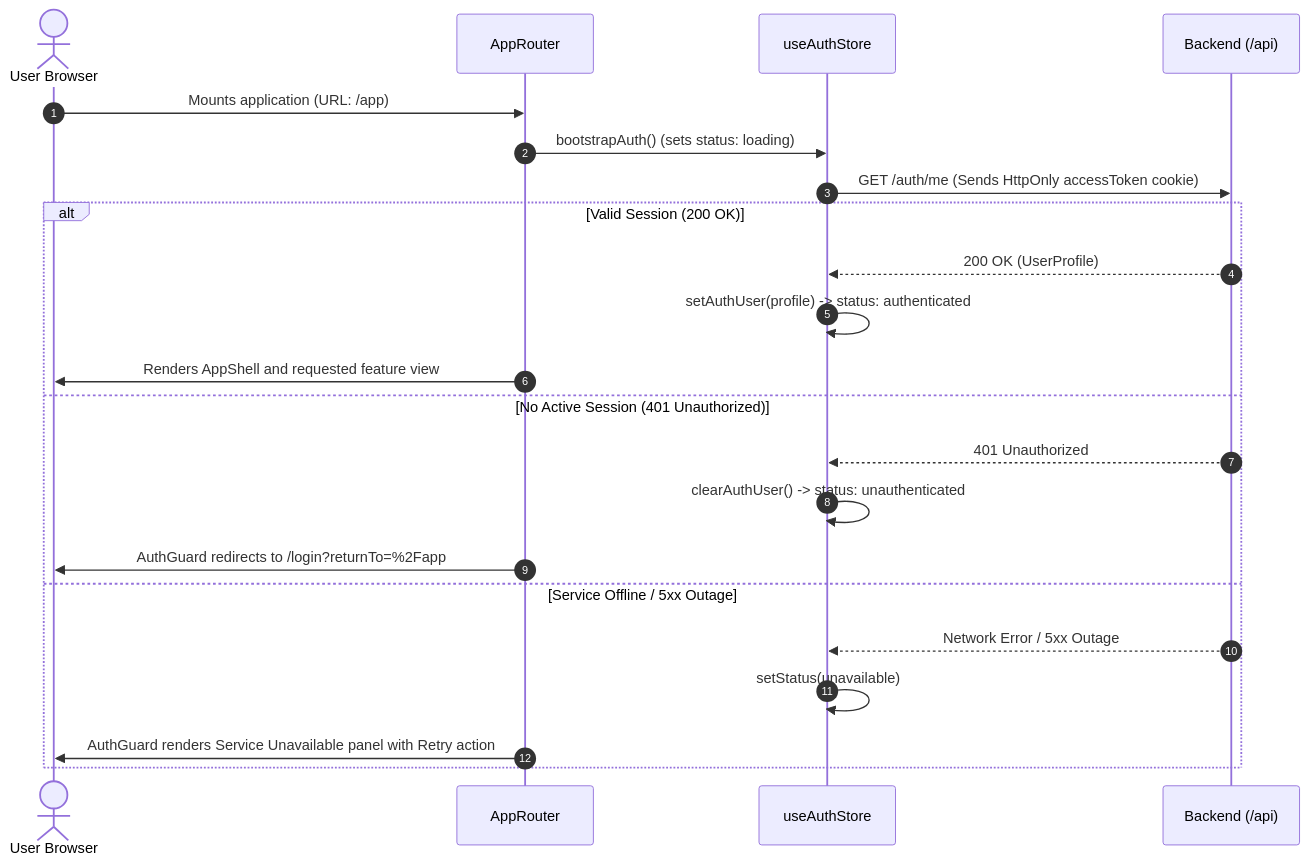
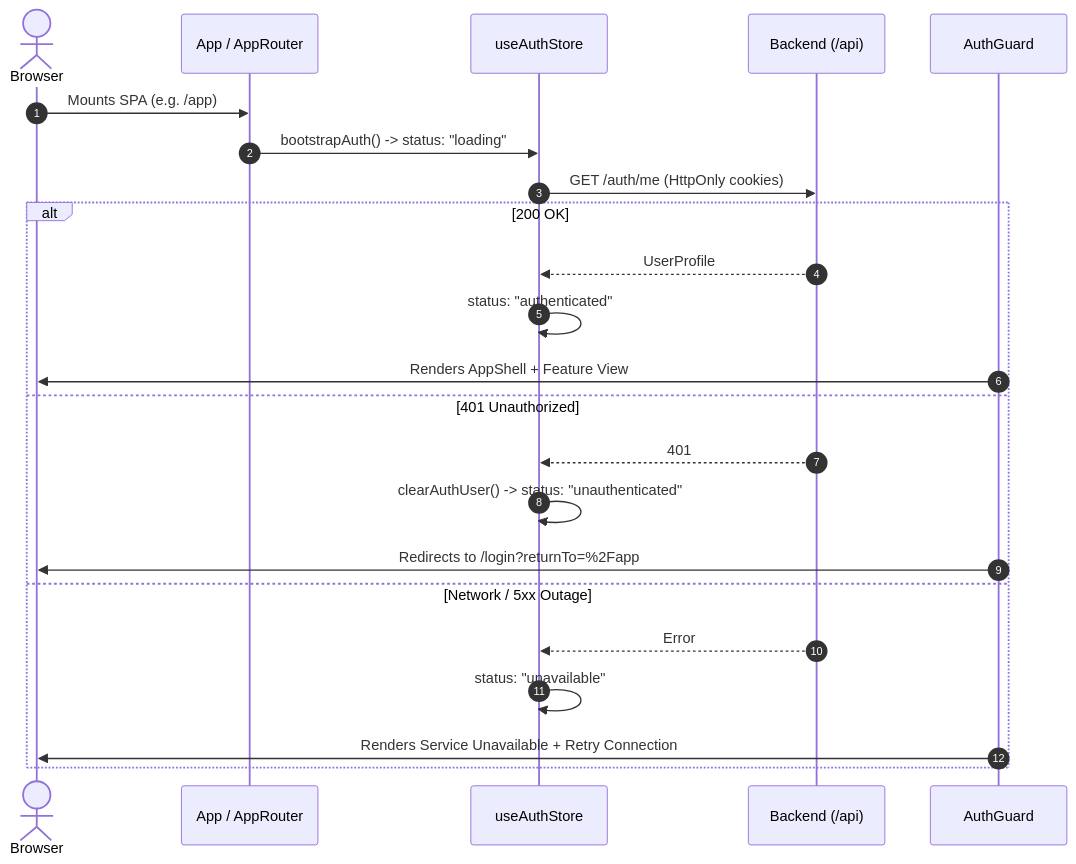
The fifth of 9 diagrams in docs/FRONTEND_ARCHITECTURE.md (utkarshj014/authsphere), drawn with Mermaid before and after one commit. The commit also changed other lines of this file and 5 other files, not shown here.

````diff
--- a/docs/FRONTEND_ARCHITECTURE.md
+++ b/docs/FRONTEND_ARCHITECTURE.md
@@ -299,26 +276,27 @@
 ```mermaid
 sequenceDiagram
     autonumber
-    actor User as User Browser
-    participant Router as AppRouter
+    actor User as Browser
+    participant App as App / AppRouter
     participant Store as useAuthStore
     participant API as Backend (/api)
+    participant Guard as AuthGuard
 
-    User->>Router: Mounts application (URL: /app)
-    Router->>Store: bootstrapAuth() (sets status: loading)
-    Store->>API: GET /auth/me (Sends HttpOnly accessToken cookie)
+    User->>App: Mounts SPA (e.g. /app)
+    App->>Store: bootstrapAuth() -> status: "loading"
+    Store->>API: GET /auth/me (HttpOnly cookies)
 
-    alt Valid Session (200 OK)
-        API-->>Store: 200 OK (UserProfile)
-        Store->>Store: setAuthUser(profile) -> status: authenticated
-        Router->>User: Renders AppShell and requested feature view
-    else No Active Session (401 Unauthorized)
-        API-->>Store: 401 Unauthorized
-        Store->>Store: clearAuthUser() -> status: unauthenticated
-        Router->>User: AuthGuard redirects to /login?returnTo=%2Fapp
-    else Service Offline / 5xx Outage
-        API-->>Store: Network Error / 5xx Outage
-        Store->>Store: setStatus(unavailable)
-        Router->>User: AuthGuard renders Service Unavailable panel with Retry action
+    alt 200 OK
+        API-->>Store: UserProfile
+        Store->>Store: status: "authenticated"
+        Guard->>User: Renders AppShell + Feature View
+    else 401 Unauthorized
+        API-->>Store: 401
+        Store->>Store: clearAuthUser() -> status: "unauthenticated"
+        Guard->>User: Redirects to /login?returnTo=%2Fapp
+    else Network / 5xx Outage
+        API-->>Store: Error
+        Store->>Store: status: "unavailable"
+        Guard->>User: Renders Service Unavailable + Retry Connection
     end
 ```
````
